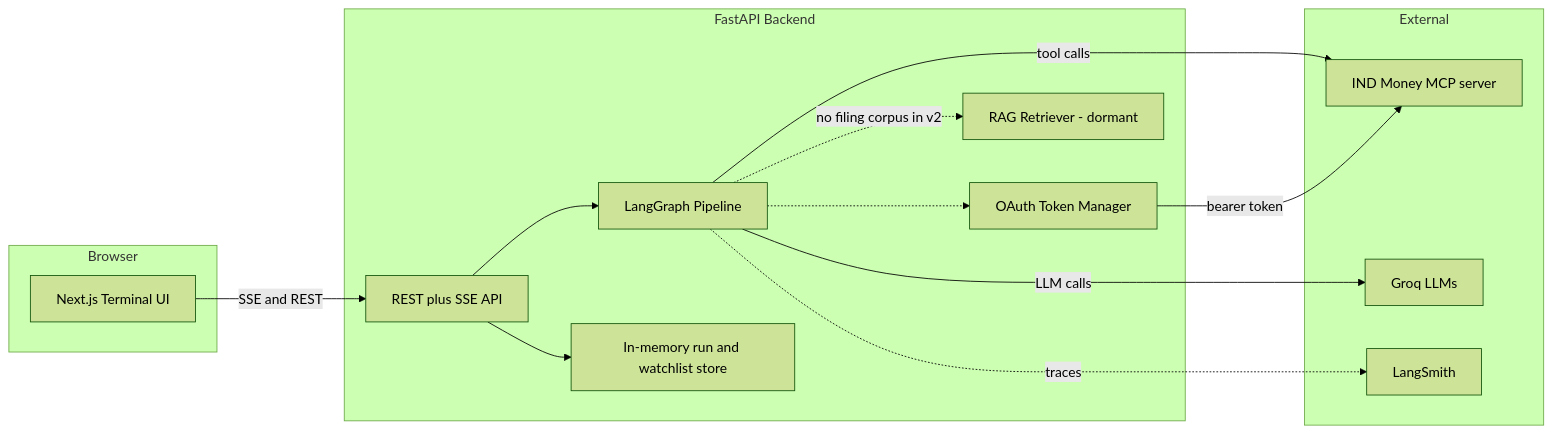
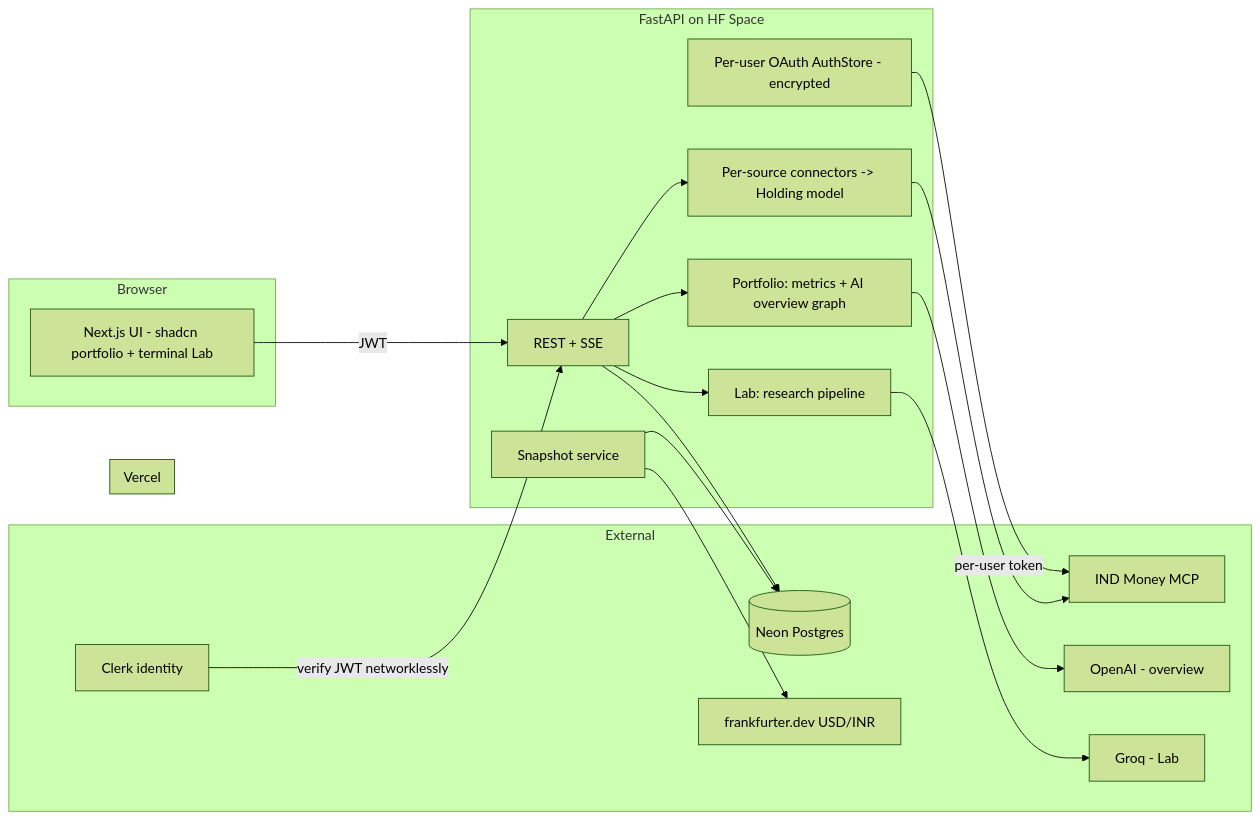
One commit to ishanavasthi/alphadesk changed the diagram in README.md. Above: the diagram before and after it, drawn with Mermaid (forest theme). The commit also changed other lines of this file and 1 other file, not shown here.

Commit message:
docs: rewrite MORNING.md as a self-contained handoff + README for the v2 portfolio-analyzer product

````diff
--- a/README.md
+++ b/README.md
@@ -66,30 +40,34 @@
 ```mermaid
 flowchart LR
   subgraph Browser
-    UI[Next.js Terminal UI]
+    UI[Next.js UI - shadcn portfolio + terminal Lab]
   end
-
-  subgraph Backend[FastAPI Backend]
-    API[REST plus SSE API]
-    Graph[LangGraph Pipeline]
-    Auth[OAuth Token Manager]
-    RAG[RAG Retriever - dormant]
-    Store[In-memory run and watchlist store]
+  subgraph Vercel
+    UI
   end
-
+  subgraph Backend[FastAPI on HF Space]
+    API[REST + SSE]
+    PGraph[Portfolio: metrics + AI overview graph]
+    LGraph[Lab: research pipeline]
+    Conn[Per-source connectors -> Holding model]
+    Auth[Per-user OAuth AuthStore - encrypted]
+    Snap[Snapshot service]
+  end
   subgraph External
-    MCP[IND Money MCP server]
-    Groq[Groq LLMs]
-    LS[LangSmith]
+    Clerk[Clerk identity]
+    Neon[(Neon Postgres)]
+    MCP[IND Money MCP]
+    OpenAI[OpenAI - overview]
+    Groq[Groq - Lab]
+    FX[frankfurter.dev USD/INR]
   end
-
-  UI -->|SSE and REST| API
-  API --> Graph
-  API --> Store
-  Graph -.->|no filing corpus in v2| RAG
-  Graph -->|tool calls| MCP
-  Graph -->|LLM calls| Groq
-  Auth -->|bearer token| MCP
-  Graph -.-> Auth
-  Graph -.->|traces| LS
+  UI -->|JWT| API
+  Clerk -->|verify JWT networklessly| API
+  API --> Conn --> MCP
+  API --> PGraph --> OpenAI
+  API --> LGraph --> Groq
+  Auth -->|per-user token| MCP
+  Snap --> Neon
+  Snap --> FX
+  API --> Neon
 ```
````
